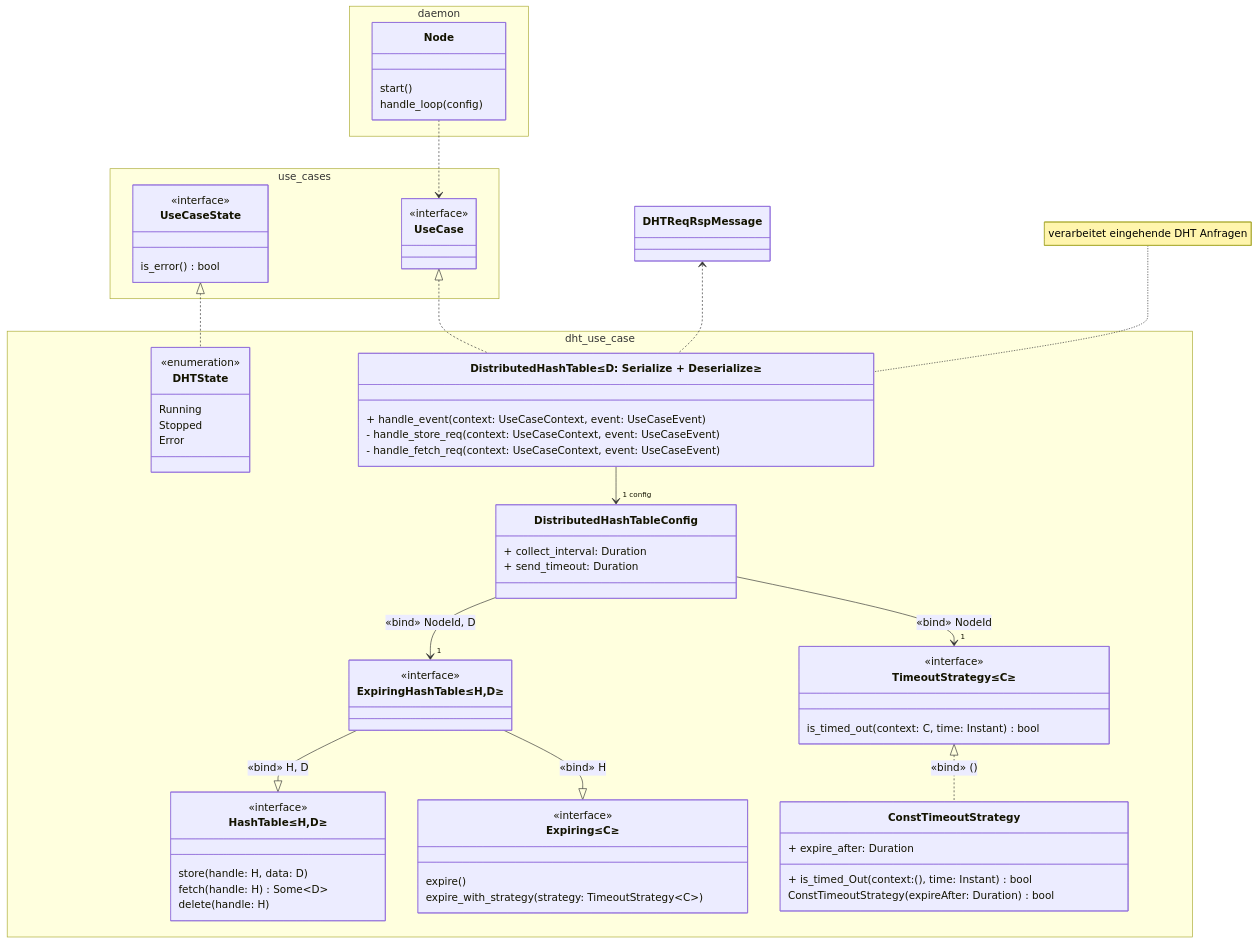
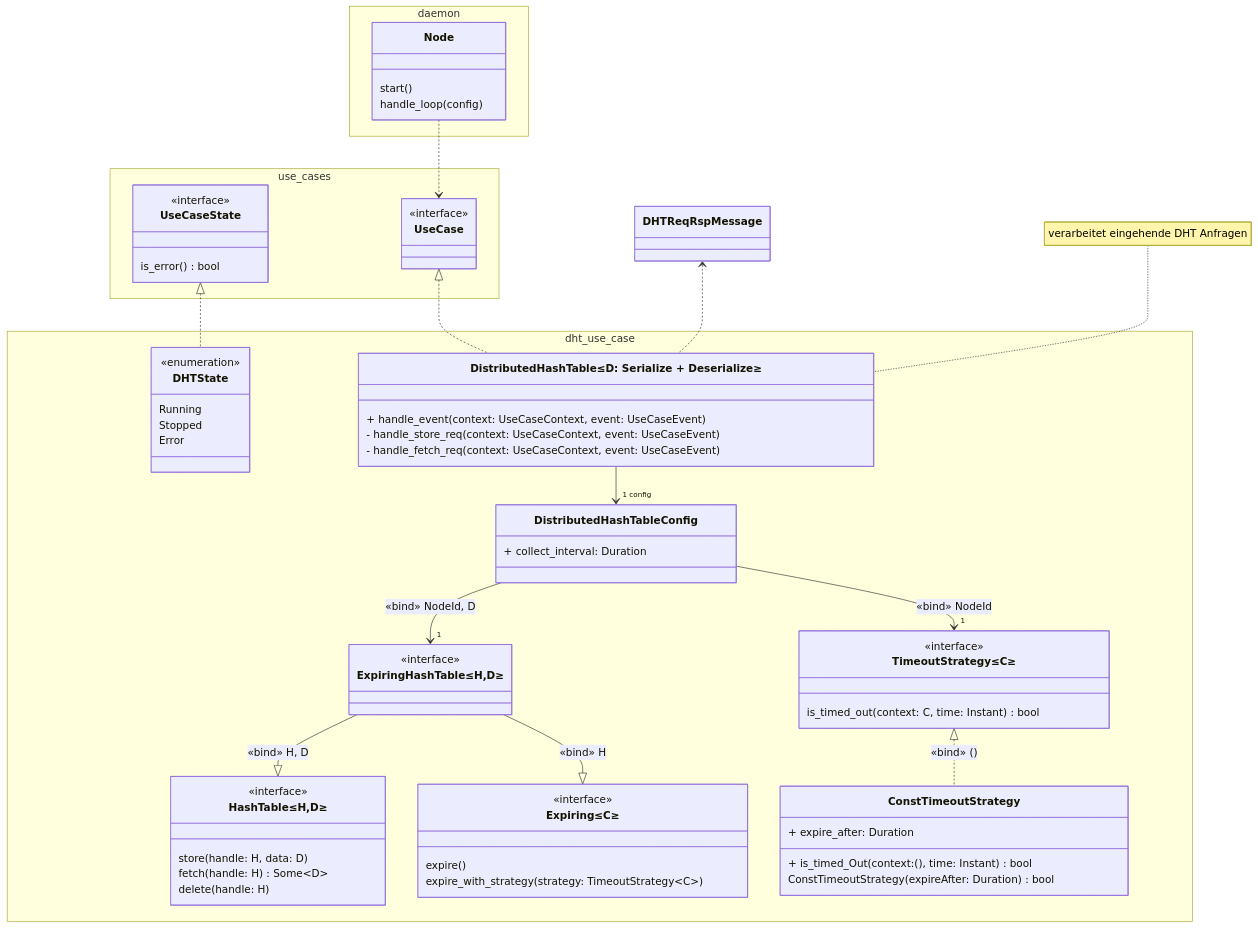
One commit to kit-tm/KIRA-Rust changed the second of 3 diagrams in dht-draft.md. Above: the diagram before and after it, drawn with Mermaid.

Commit message:
Move send_timeout in correct use_case

````diff
--- a/dht-draft.md
+++ b/dht-draft.md
@@ -96,78 +96,77 @@
 ```mermaid
 classDiagram
     namespace use_cases {
         class UseCaseState {
             <<interface>>
             is_error() bool
         }
 
         class UseCase {
             <<interface>>
         }
     }
 
     namespace dht_use_case {
         class DHTState {
             <<enumeration>>
             Running
             Stopped
             Error
         }
         class DistributedHashTable["DistributedHashTable≤D: Serialize + Deserialize≥"] {
             + handle_event(context: UseCaseContext, event: UseCaseEvent)
             - handle_store_req(context: UseCaseContext, event: UseCaseEvent)
             - handle_fetch_req(context: UseCaseContext, event: UseCaseEvent)
         }
         class DistributedHashTableConfig {
             + collect_interval: Duration
-            + send_timeout: Duration
         }
         
         class HashTable["HashTable≤H,D≥"] {
             <<interface>>
             store(handle: H, data: D)
             fetch(handle: H) Some~D~
             delete(handle: H)
         }
         
         class Expiring["Expiring≤C≥"]{
             <<interface>>
             expire()
             expire_with_strategy(strategy: TimeoutStrategy~C~)
         }
         
         class TimeoutStrategy["TimeoutStrategy≤C≥"] {
             <<interface>>
             is_timed_out(context: C, time: Instant) bool
         }
         class ConstTimeoutStrategy["ConstTimeoutStrategy"] {
             + expire_after: Duration
             + is_timed_Out(context: (), time: Instant) bool
             ConstTimeoutStrategy(expireAfter: Duration) bool
         }
         
         class ExpiringHashTable["ExpiringHashTable≤H,D≥"] {
             <<interface>>
         }
     }
     ExpiringHashTable --|> HashTable: «bind» H, D
     ExpiringHashTable --|> Expiring: «bind» H
     TimeoutStrategy <|.. ConstTimeoutStrategy: «bind» ()
     
     DHTReqRspMessage <.. DistributedHashTable
     
     DistributedHashTable --> "1 config" DistributedHashTableConfig
     note for DistributedHashTable "verarbeitet eingehende DHT Anfragen"
     UseCaseState <|.. DHTState
     DistributedHashTableConfig --> "1" ExpiringHashTable : «bind» NodeId, D
     DistributedHashTableConfig --> "1" TimeoutStrategy : «bind» NodeId
     UseCase <|.. DistributedHashTable
 
     namespace daemon {
         class Node {
         start()
         handle_loop(config)
         }
     }
     Node ..> UseCase
 ```
````
